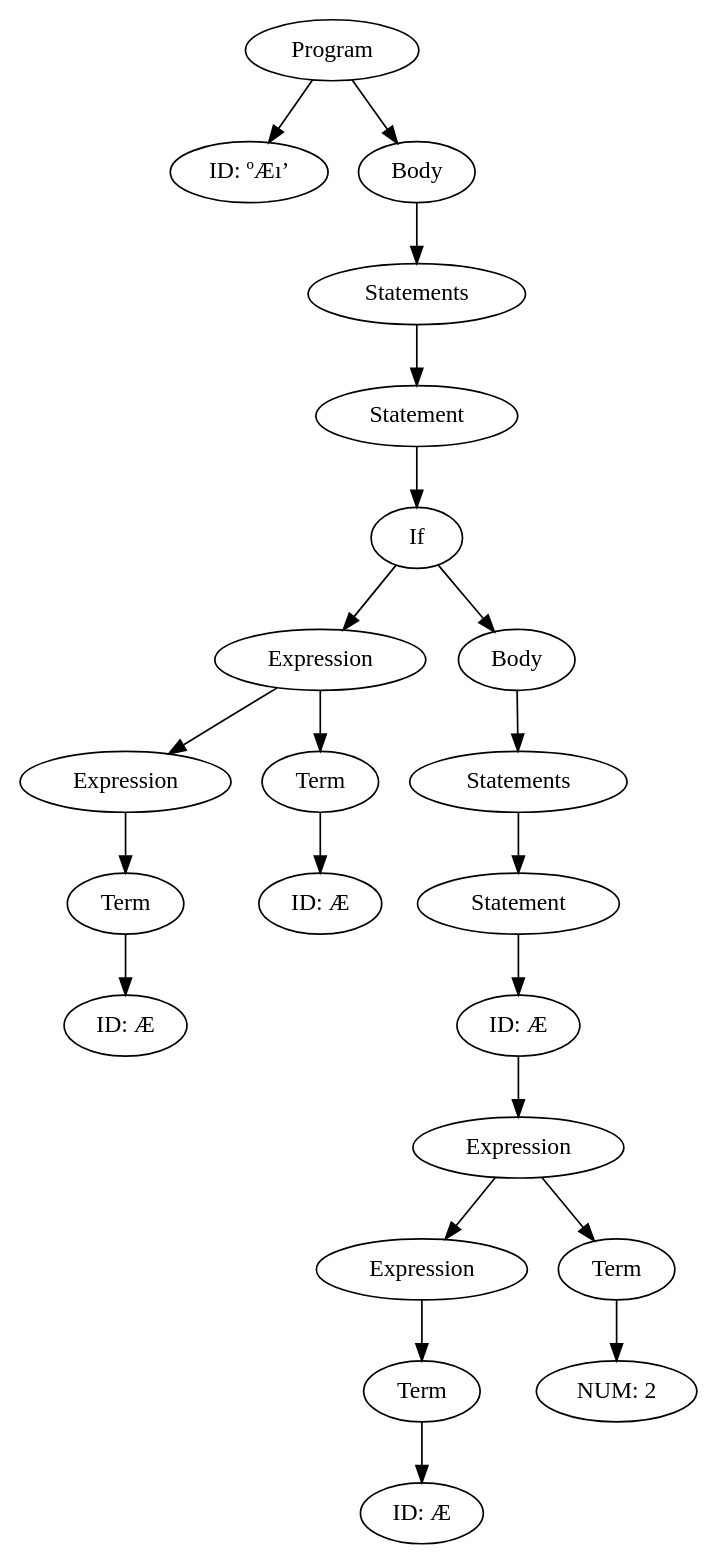
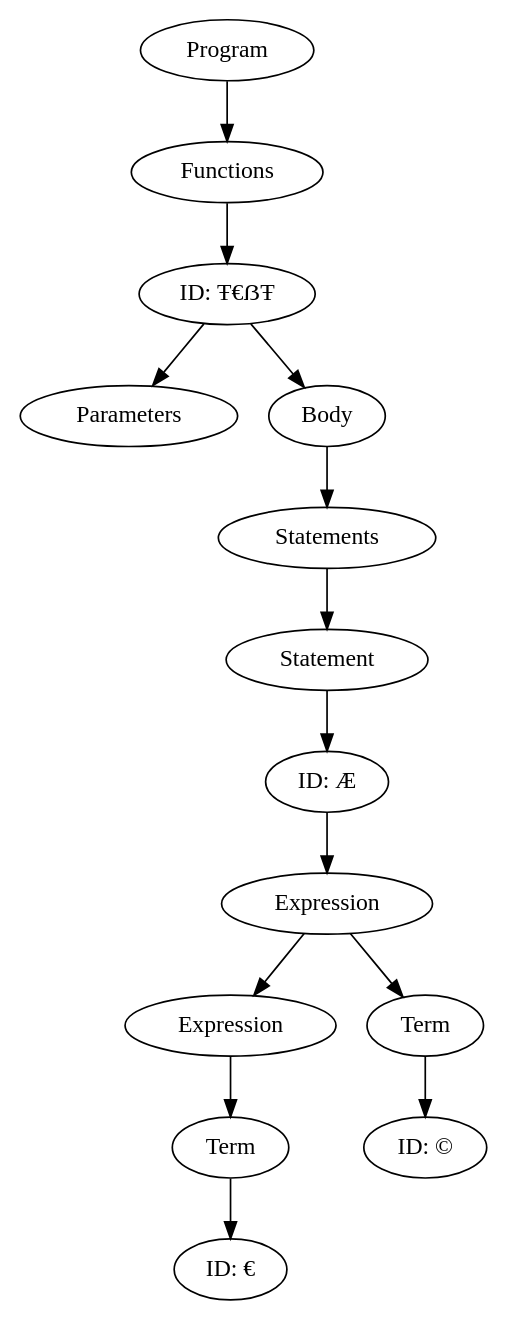
One commit to Finn-Artmann/Styx changed the diagram in ex10/ast.gv. Above: the diagram before and after it, drawn with Graphviz. The commit also changed 7 other files, not shown here.

```diff
--- a/ex10/ast.gv
+++ b/ex10/ast.gv
@@ -1,45 +1,29 @@
 digraph ast {
-n21 [label="Program"];
-n21 -> n0;
-n0 [label="ID: ºÆı’"];
-n21 -> n20;
-n20 [label="Body"];
-n20 -> n19;
-n19 [label="Statements"];
-n19 -> n18;
-n18 [label="Statement"];
-n18 -> n17;
-n17 [label="If"];
-n17 -> n6;
+n34 [label="Program"];
+n34 -> n12;
+n12 [label="Functions"];
+n12 -> n11;
+n11 [label="ID: Ŧ€ẞŦ"];
+n11 -> n0;
+n0 [label="Parameters"];
+n11 -> n10;
+n10 [label="Body"];
+n10 -> n9;
+n9 [label="Statements"];
+n9 -> n8;
+n8 [label="Statement"];
+n8 -> n7;
+n7 [label="ID: Æ"];
+n7 -> n6;
 n6 [label="Expression"];
 n6 -> n3;
 n3 [label="Expression"];
 n3 -> n2;
 n2 [label="Term"];
 n2 -> n1;
-n1 [label="ID: Æ"];
+n1 [label="ID: €"];
 n6 -> n5;
 n5 [label="Term"];
 n5 -> n4;
-n4 [label="ID: Æ"];
-n17 -> n16;
-n16 [label="Body"];
-n16 -> n15;
-n15 [label="Statements"];
-n15 -> n14;
-n14 [label="Statement"];
-n14 -> n13;
-n13 [label="ID: Æ"];
-n13 -> n12;
-n12 [label="Expression"];
-n12 -> n9;
-n9 [label="Expression"];
-n9 -> n8;
-n8 [label="Term"];
-n8 -> n7;
-n7 [label="ID: Æ"];
-n12 -> n11;
-n11 [label="Term"];
-n11 -> n10;
-n10 [label="NUM: 2"];
+n4 [label="ID: ©"];
 }
```
